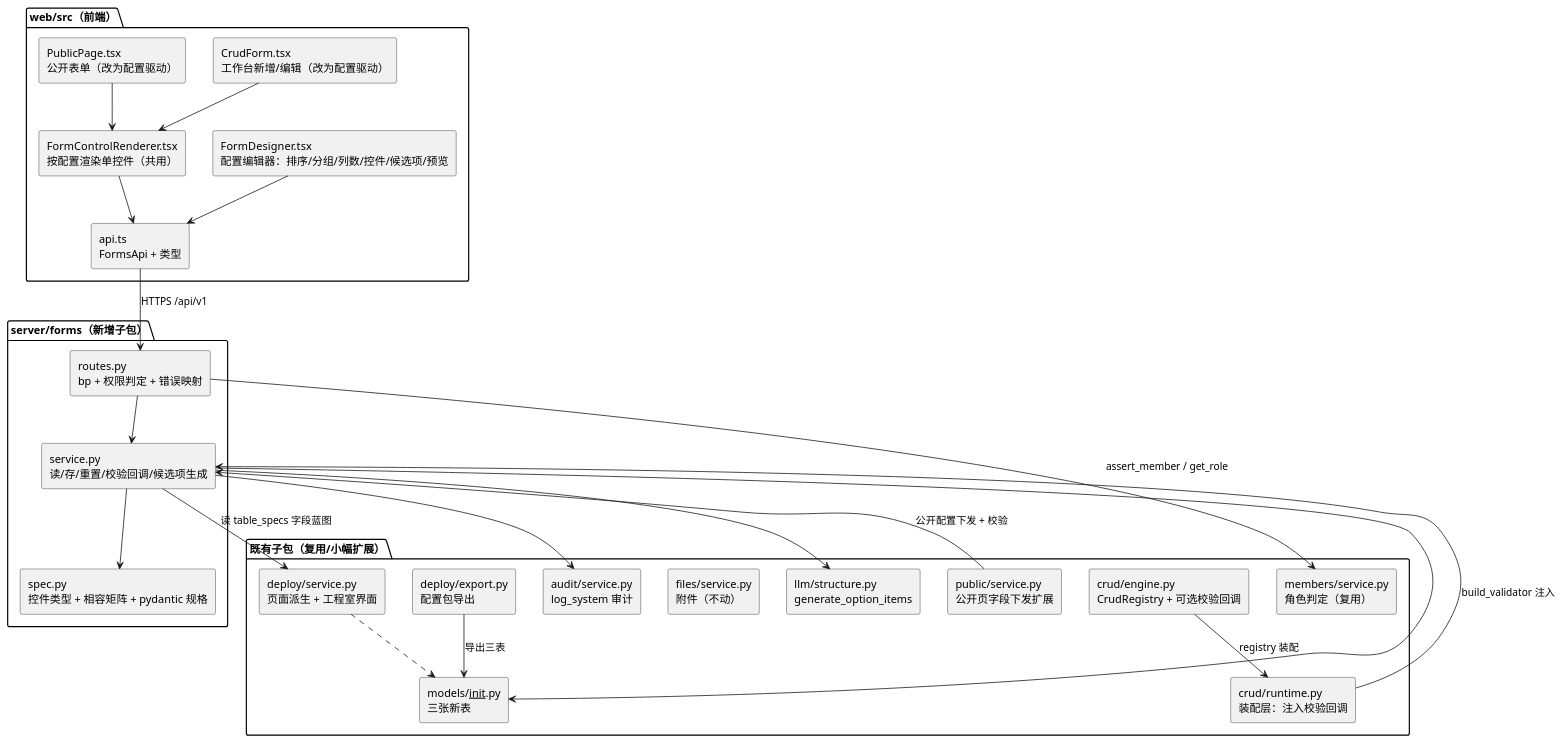
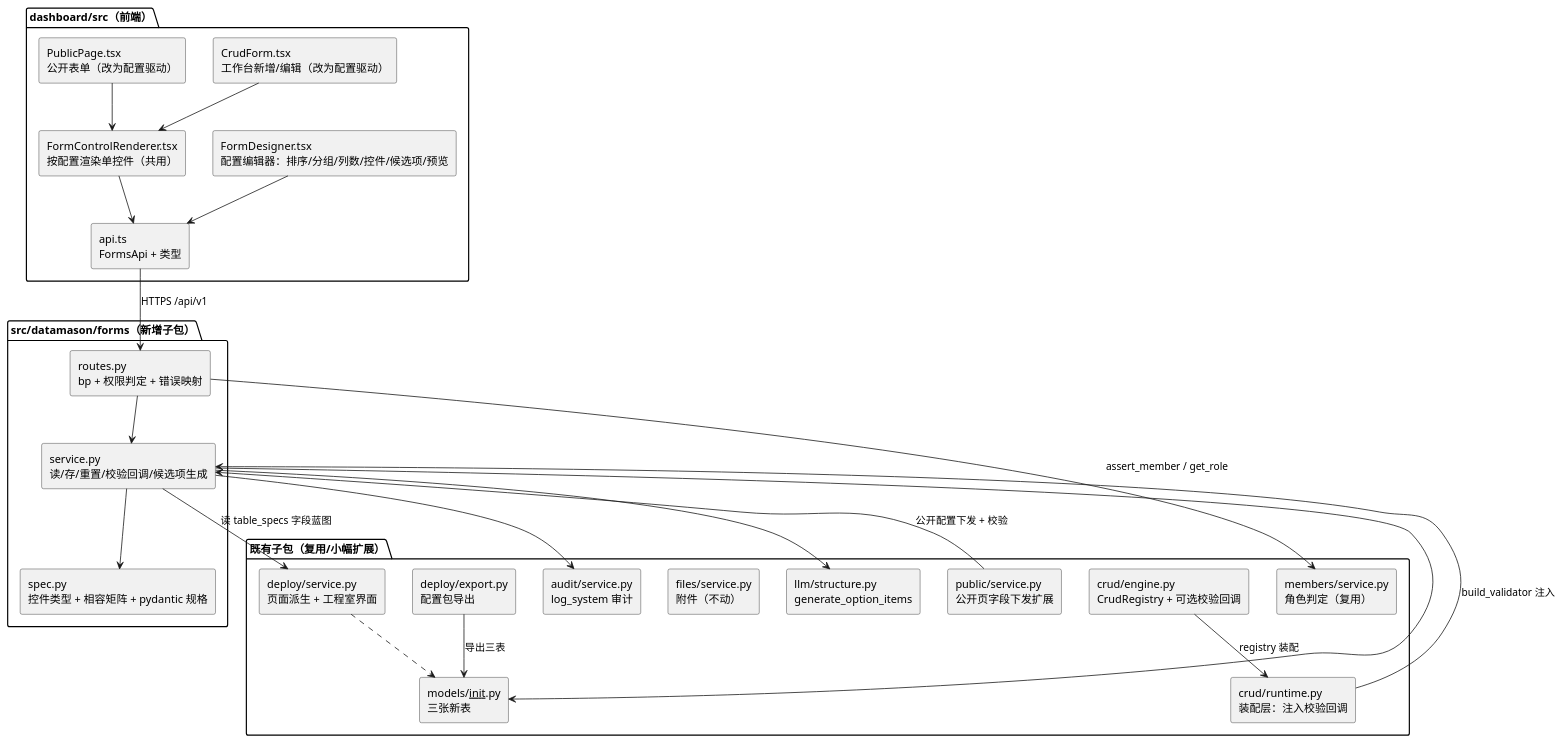
The second of 7 diagrams in docs/规划/0.13.0/DataMason-0.13.0-技术方案与实现闭环.md (carnothuang/DataMason), drawn with PlantUML before and after one commit. The commit also changed other lines of this file and 408 other files, not shown here.

````diff
--- a/docs/规划/0.13.0/DataMason-0.13.0-技术方案与实现闭环.md
+++ b/docs/规划/0.13.0/DataMason-0.13.0-技术方案与实现闭环.md
@@ -248,51 +248,51 @@
 ```plantuml
 @startuml
 skinparam componentStyle rectangle
 skinparam shadowing false
 
-package "web/src（前端）" {
+package "dashboard/src（前端）" {
   [FormDesigner.tsx\n配置编辑器：排序/分组/列数/控件/候选项/预览] as Designer
   [FormControlRenderer.tsx\n按配置渲染单控件（共用）] as Renderer
   [CrudForm.tsx\n工作台新增/编辑（改为配置驱动）] as CrudForm
   [PublicPage.tsx\n公开表单（改为配置驱动）] as Public
   [api.ts\nFormsApi + 类型] as Api
 }
 
-package "server/forms（新增子包）" {
+package "src/datamason/forms（新增子包）" {
   [routes.py\nbp + 权限判定 + 错误映射] as Routes
   [service.py\n读/存/重置/校验回调/候选项生成] as Svc
   [spec.py\n控件类型 + 相容矩阵 + pydantic 规格] as Spec
 }
 
 package "既有子包（复用/小幅扩展）" {
   [deploy/service.py\n页面派生 + 工程室界面] as Deploy
   [deploy/export.py\n配置包导出] as Export
   [crud/engine.py\nCrudRegistry + 可选校验回调] as Crud
   [crud/runtime.py\n装配层：注入校验回调] as Runtime
   [public/service.py\n公开页字段下发扩展] as PublicSvc
   [files/service.py\n附件（不动）] as Files
   [audit/service.py\nlog_system 审计] as Audit
   [llm/structure.py\ngenerate_option_items] as Llm
   [models/__init__.py\n三张新表] as Models
   [members/service.py\n角色判定（复用）] as Members
 }
 
 Designer --> Api
 Renderer --> Api
 CrudForm --> Renderer
 Public --> Renderer
 Api --> Routes : HTTPS /api/v1
 Routes --> Svc
 Routes --> Members : assert_member / get_role
 Svc --> Spec
 Svc --> Models
 Svc --> Audit
 Svc --> Llm
 Svc --> Deploy : 读 table_specs 字段蓝图
 Runtime --> Svc : build_validator 注入
 Crud --> Runtime : registry 装配
 PublicSvc --> Svc : 公开配置下发 + 校验
 Export --> Models : 导出三表
 Deploy ..> Models
 @enduml
 ```
````
